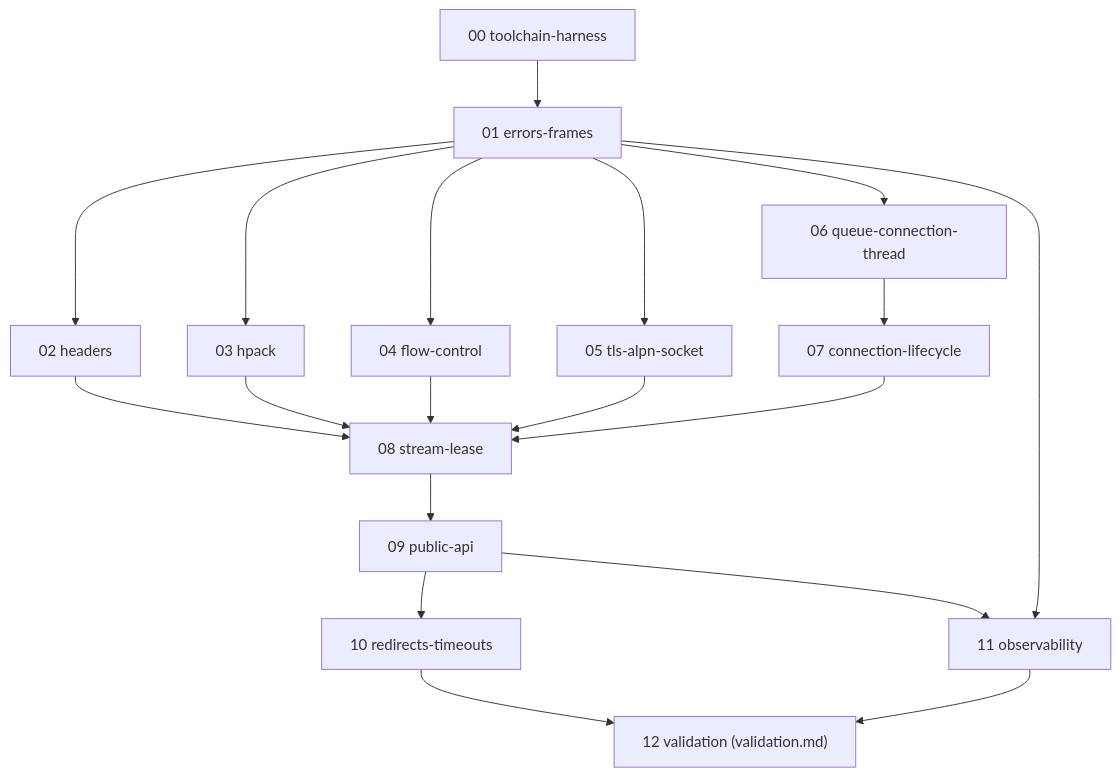
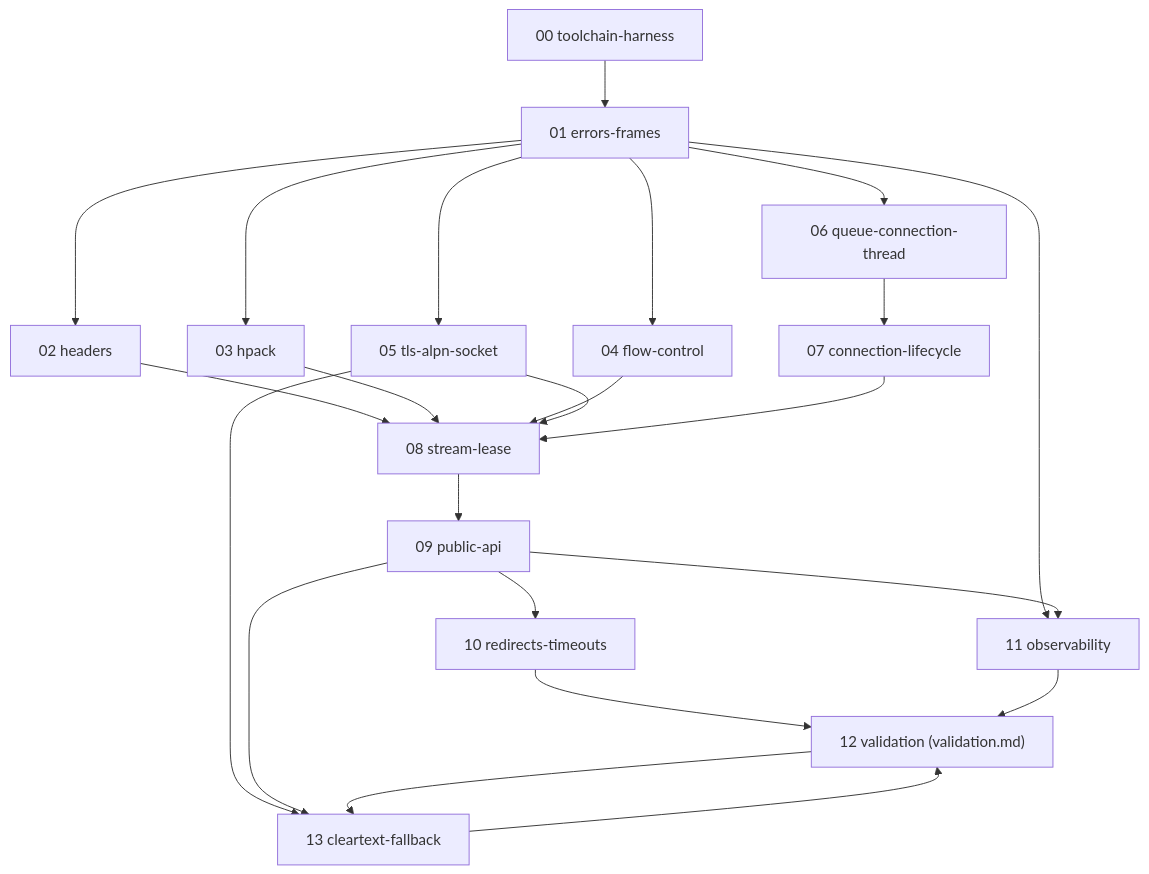
The diagram in plan/README.md (lscoughlin/http2client), drawn with Mermaid before and after one commit. The commit also changed other lines of this file and 9 other files, not shown here.

First line of the commit message:
docs: bring cleartext h2c and HTTP/1.1 fallback into scope (S13)

````diff
--- a/plan/README.md
+++ b/plan/README.md
@@ -34,35 +34,40 @@
 ```mermaid
 flowchart TD
     S00["00 toolchain-harness"]
     S01["01 errors-frames"]
     S02["02 headers"]
     S03["03 hpack"]
     S04["04 flow-control"]
     S05["05 tls-alpn-socket"]
     S06["06 queue-connection-thread"]
     S07["07 connection-lifecycle"]
     S08["08 stream-lease"]
     S09["09 public-api"]
     S10["10 redirects-timeouts"]
     S11["11 observability"]
     S12["12 validation (validation.md)"]
+    S13["13 cleartext-fallback"]
 
     S00 --> S01
     S01 --> S02
     S01 --> S03
     S01 --> S04
     S01 --> S05
     S01 --> S06
     S02 --> S08
     S03 --> S08
     S04 --> S08
     S05 --> S08
     S06 --> S07
     S07 --> S08
     S08 --> S09
     S01 --> S11
     S09 --> S10
     S09 --> S11
     S10 --> S12
     S11 --> S12
+    S05 --> S13
+    S09 --> S13
+    S13 --> S12
+    S12 --> S13
 ```
````
